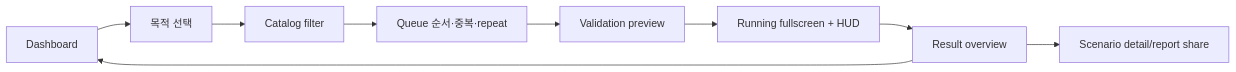
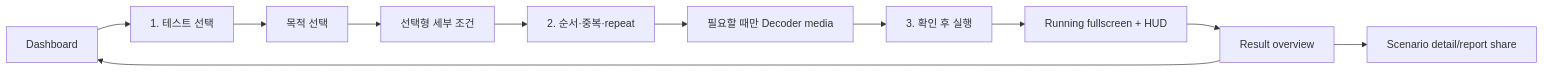
One commit to sinpie/dpu-layer-lab changed the diagram in docs/UI_SPEC.md. Above: the diagram before and after it, drawn with Mermaid. The commit also changed other lines of this file and 58 other files, not shown here.

````diff
--- a/docs/UI_SPEC.md
+++ b/docs/UI_SPEC.md
@@ -45,11 +45,13 @@
 ```mermaid
 flowchart LR
-    D["Dashboard"] --> P["목적 선택"]
-    P --> C["Catalog filter"]
-    C --> Q["Queue 순서·중복·repeat"]
-    Q --> V["Validation preview"]
+    D["Dashboard"] --> SEL["1. 테스트 선택"]
+    SEL --> P["목적 선택"]
+    P --> C["선택형 세부 조건"]
+    C --> Q["2. 순서·중복·repeat"]
+    Q --> M["필요할 때만 Decoder media"]
+    M --> V["3. 확인 후 실행"]
     V --> R["Running fullscreen + HUD"]
     R --> O["Result overview"]
-    O --> S["Scenario detail/report share"]
+    O --> SHARE["Scenario detail/report share"]
     O --> D
 ```
````
